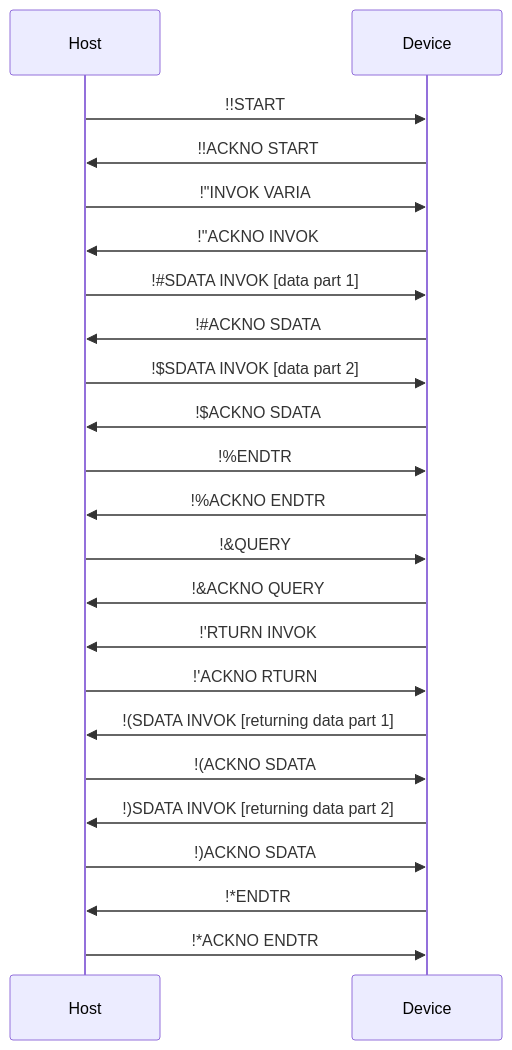
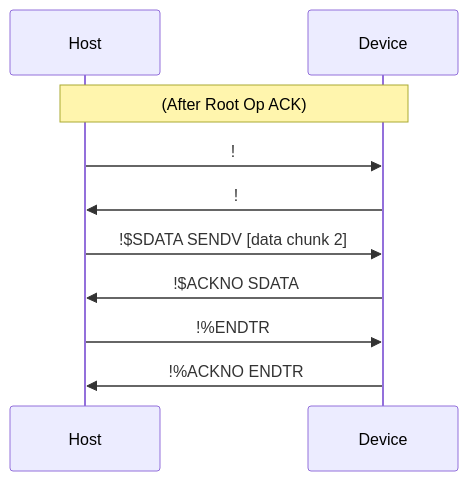
One commit to lingrottin/PK-Command changed the third of 11 diagrams in Specification.md. Above: the diagram before and after it, drawn with Mermaid. The commit also changed other lines of this file and 14 other files, not shown here.

````diff
--- a/Specification.md
+++ b/Specification.md
@@ -88,25 +182,12 @@
 ```mermaid
 sequenceDiagram
     participant H as Host
     participant D as Device
-    H->>D: !!START
-    D->>H: !!ACKNO START
-    H->>D: !"INVOK VARIA
-    D->>H: !"ACKNO INVOK
-    H->>D: !#35;SDATA INVOK [data part 1]
-    D->>H: !#35;ACKNO SDATA
-    H->>D: !$SDATA INVOK [data part 2]
+    Note over H,D: (After Root Op ACK)
+    H->>D: !#SDATA SENDV [data chunk 1]
+    D->>H: !#ACKNO SDATA
+    H->>D: !$SDATA SENDV [data chunk 2]
     D->>H: !$ACKNO SDATA
     H->>D: !%ENDTR
     D->>H: !%ACKNO ENDTR
-    H->>D: !&QUERY
-    D->>H: !&ACKNO QUERY
-    D->>H: !'RTURN INVOK
-    H->>D: !'ACKNO RTURN
-    D->>H: !(SDATA INVOK [returning data part 1]
-    H->>D: !(ACKNO SDATA
-    D->>H: !)SDATA INVOK [returning data part 2]
-    H->>D: !)ACKNO SDATA
-    D->>H: !*ENDTR
-    H->>D: !*ACKNO ENDTR
 ```
````
